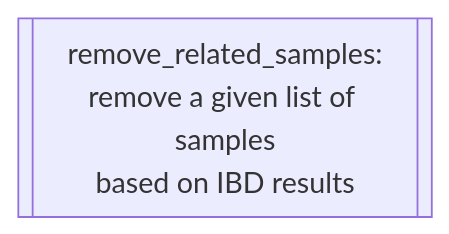
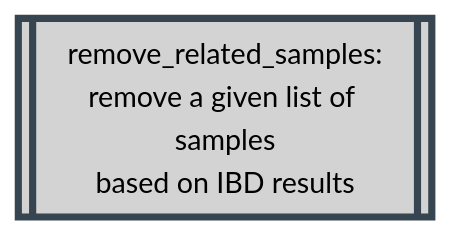
Diagram 17 of 34 in docs/02-workflow/02-methodology-summary.md (Tuks-ICMM/Pharmacogenetic-Analysis-Pipeline), drawn with Mermaid before and after one commit. The commit also changed other lines of this file, not shown here.

````diff
--- a/docs/02-workflow/02-methodology-summary.md
+++ b/docs/02-workflow/02-methodology-summary.md
@@ -789,4 +900,9 @@
   ```mermaid
   flowchart TD
-    remove_related_samples[[remove_related_samples:\nremove a given list of samples\nbased on IBD results]]
+    classDef plink stroke:#36454F,fill:#D3D3D3,stroke-width:4px,color:black;
+
+    remove_related_samples[[remove_related_samples:
+remove a given list of samples
+based on IBD results]]
+    class remove_related_samples plink;
   ```
````
